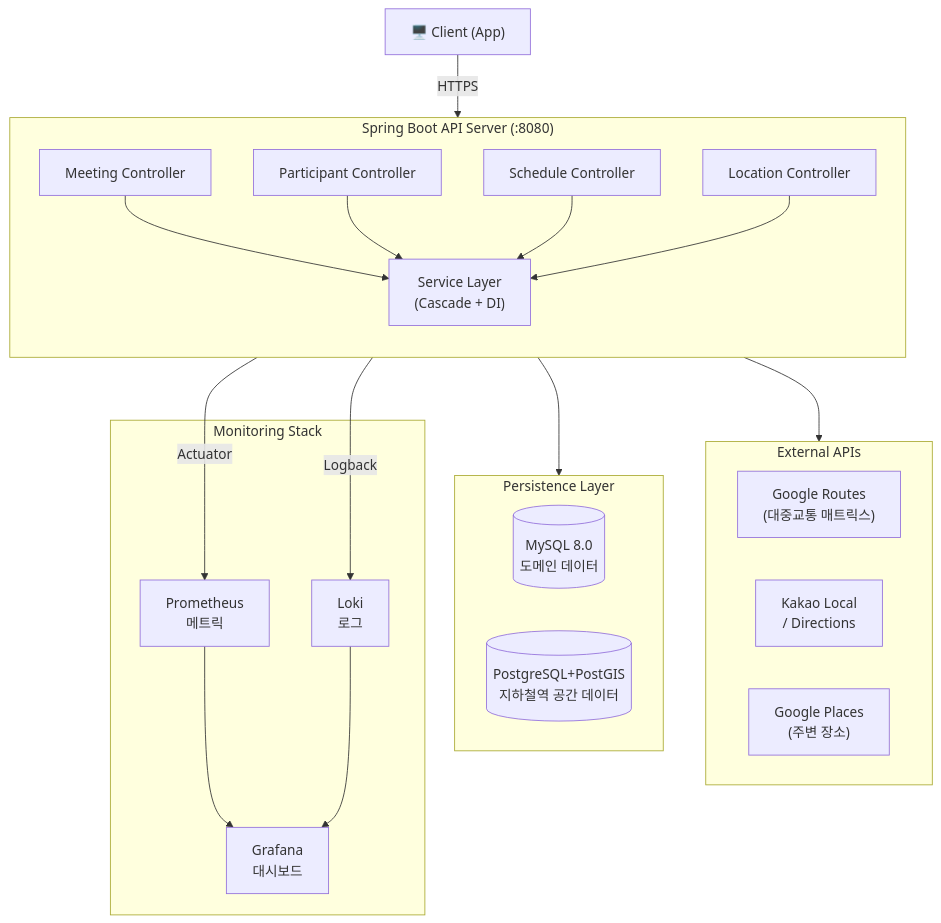
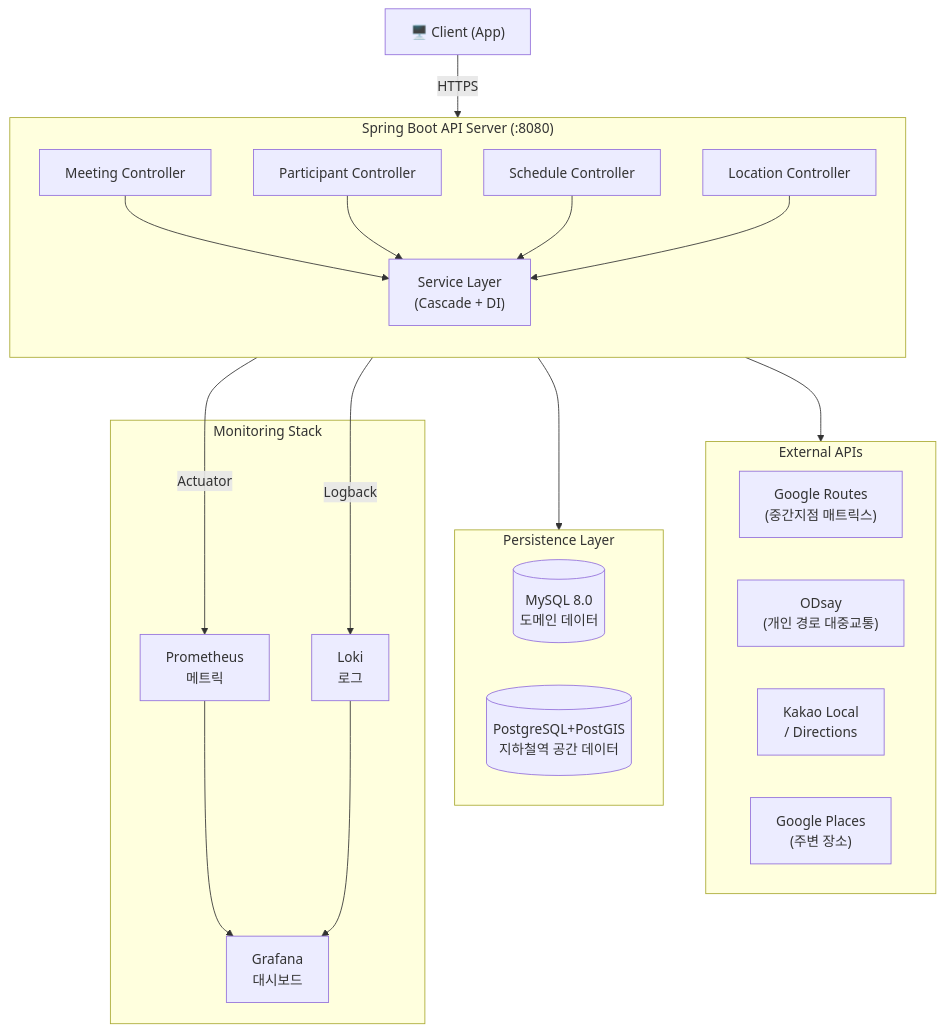
The second of 5 diagrams in README.md (BaekDoHyeon/dnd-14th-8-backend), drawn with Mermaid before and after one commit. The commit also changed other lines of this file and 16 other files, not shown here.

````diff
--- a/README.md
+++ b/README.md
@@ -82,38 +82,39 @@
 ```mermaid
 flowchart TB
     Client["🖥️ Client (App)"]
 
     subgraph API["Spring Boot API Server (:8080)"]
         direction TB
         C1["Meeting Controller"]
         C2["Participant Controller"]
         C3["Schedule Controller"]
         C4["Location Controller"]
         SVC["Service Layer\n(Cascade + DI)"]
         C1 & C2 & C3 & C4 --> SVC
     end
 
     subgraph EXT["External APIs"]
-        Google["Google Routes\n(대중교통 매트릭스)"]
+        Google["Google Routes\n(중간지점 매트릭스)"]
+        Odsay["ODsay\n(개인 경로 대중교통)"]
         Kakao["Kakao Local\n/ Directions"]
         GooglePlaces["Google Places\n(주변 장소)"]
     end
 
     subgraph DB["Persistence Layer"]
         MySQL[("MySQL 8.0\n도메인 데이터")]
         PostGIS[("PostgreSQL+PostGIS\n지하철역 공간 데이터")]
     end
 
     subgraph MON["Monitoring Stack"]
         Prometheus["Prometheus\n메트릭"]
         Loki["Loki\n로그"]
         Grafana["Grafana\n대시보드"]
     end
 
     Client -->|HTTPS| API
     SVC --> EXT
     SVC --> DB
     API -->|Actuator| Prometheus
     API -->|Logback| Loki
     Prometheus & Loki --> Grafana
 ```
````
